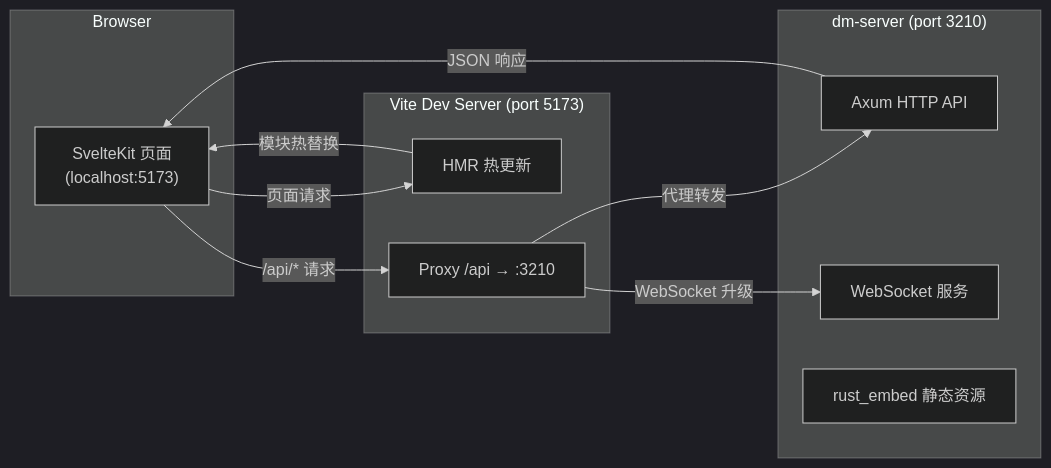
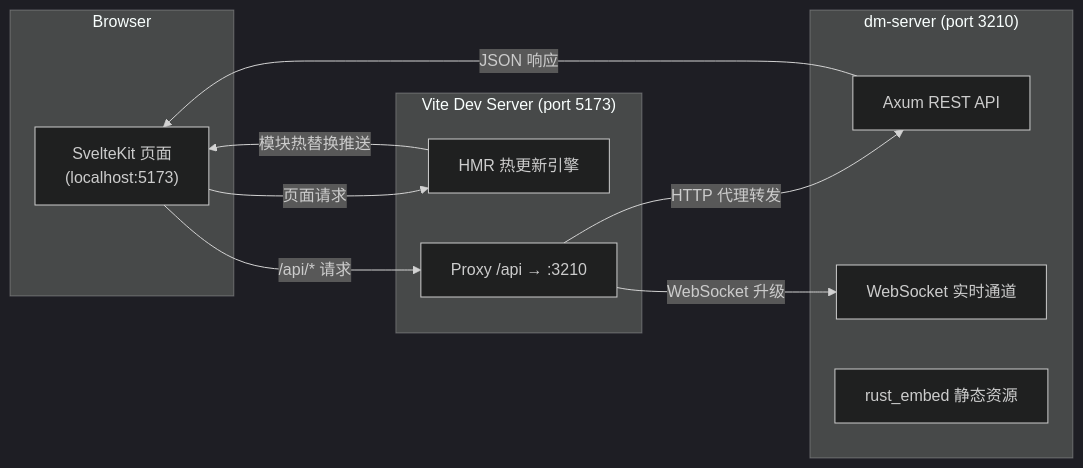
Before and after one commit to l1veIn/dora-manager: the second of 2 diagrams in wiki/zh/03-dev-environment.md, drawn with Mermaid (dark theme). The commit also changed other lines of this file and 99 other files, not shown here.

````diff
--- a/wiki/zh/03-dev-environment.md
+++ b/wiki/zh/03-dev-environment.md
@@ -137,22 +170,22 @@
 ```mermaid
 flowchart LR
     subgraph Browser
         A["SvelteKit 页面\n(localhost:5173)"]
     end
-    subgraph Vite_Dev_Server["Vite Dev Server (port 5173)"]
-        B["HMR 热更新"]
+    subgraph Vite_Dev["Vite Dev Server (port 5173)"]
+        B["HMR 热更新引擎"]
         C["Proxy /api → :3210"]
     end
     subgraph dm_server["dm-server (port 3210)"]
-        D["Axum HTTP API"]
-        E["WebSocket 服务"]
+        D["Axum REST API"]
+        E["WebSocket 实时通道"]
         F["rust_embed 静态资源"]
     end
 
     A -->|"页面请求"| B
     A -->|"/api/* 请求"| C
-    C -->|"代理转发"| D
+    C -->|"HTTP 代理转发"| D
     C -->|"WebSocket 升级"| E
-    B -->|"模块热替换"| A
+    B -->|"模块热替换推送"| A
     D -->|"JSON 响应"| A
 ```
````
